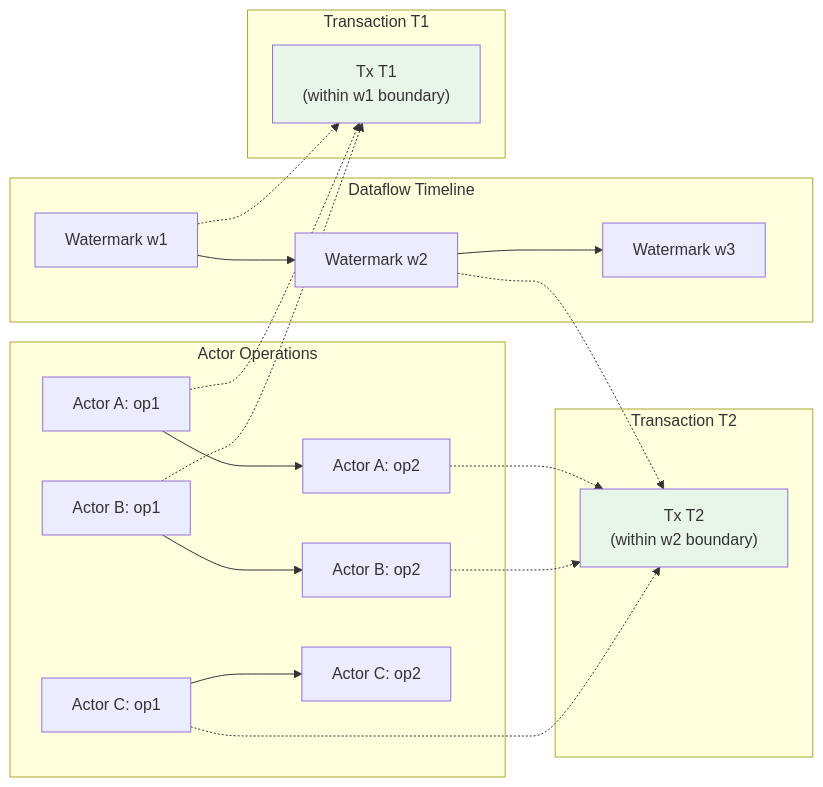
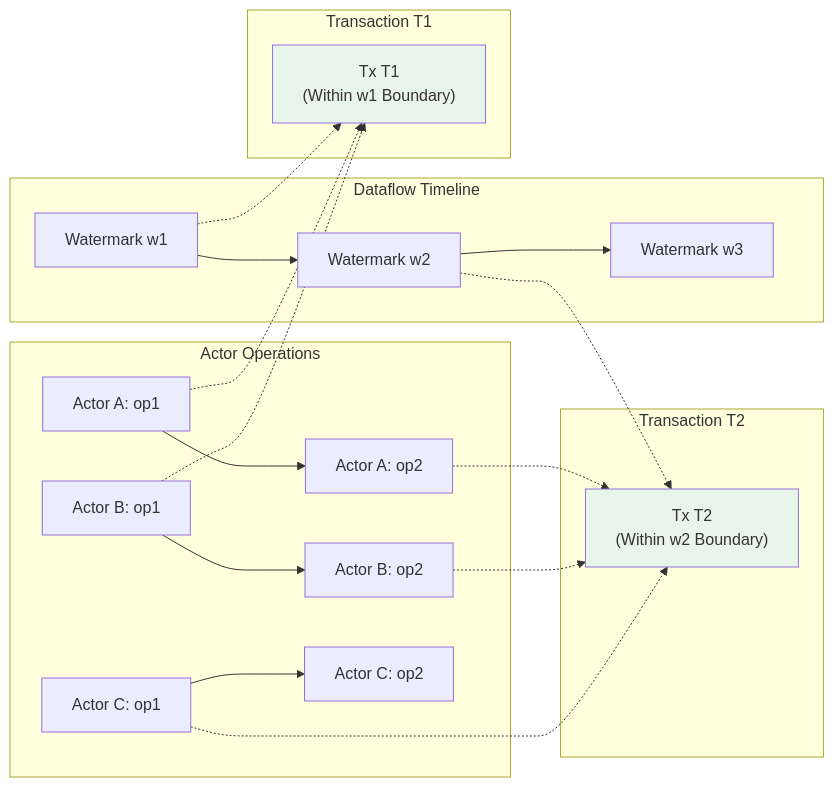
Before and after one commit to AdaMartin18010/AnalysisDataFlow: the third of 4 diagrams in i18n/en/Struct/06-frontier/06.10-transactional-cloud-dataflow-actor-en.md, drawn with Mermaid. The commit also changed other lines of this file and 80 other files, not shown here.

````diff
--- a/i18n/en/Struct/06-frontier/06.10-transactional-cloud-dataflow-actor-en.md
+++ b/i18n/en/Struct/06-frontier/06.10-transactional-cloud-dataflow-actor-en.md
@@ -529,31 +535,31 @@
 ```mermaid
 graph LR
     subgraph "Dataflow Timeline"
         W1[Watermark w1] --> W2[Watermark w2] --> W3[Watermark w3]
     end
 
     subgraph "Actor Operations"
         A1[Actor A: op1] --> A2[Actor A: op2]
         B1[Actor B: op1] --> B2[Actor B: op2]
         C1[Actor C: op1] --> C2[Actor C: op2]
     end
 
     subgraph "Transaction T1"
-        TX1["Tx T1<br/>(within w1 boundary)"]
+        TX1["Tx T1<br/>(Within w1 Boundary)"]
     end
 
     subgraph "Transaction T2"
-        TX2["Tx T2<br/>(within w2 boundary)"]
+        TX2["Tx T2<br/>(Within w2 Boundary)"]
     end
 
     W1 -.-> TX1
     W2 -.-> TX2
     A1 -.-> TX1
     B1 -.-> TX1
     A2 -.-> TX2
     B2 -.-> TX2
     C1 -.-> TX2
 
     style TX1 fill:#e8f5e9
     style TX2 fill:#e8f5e9
 ```
````
